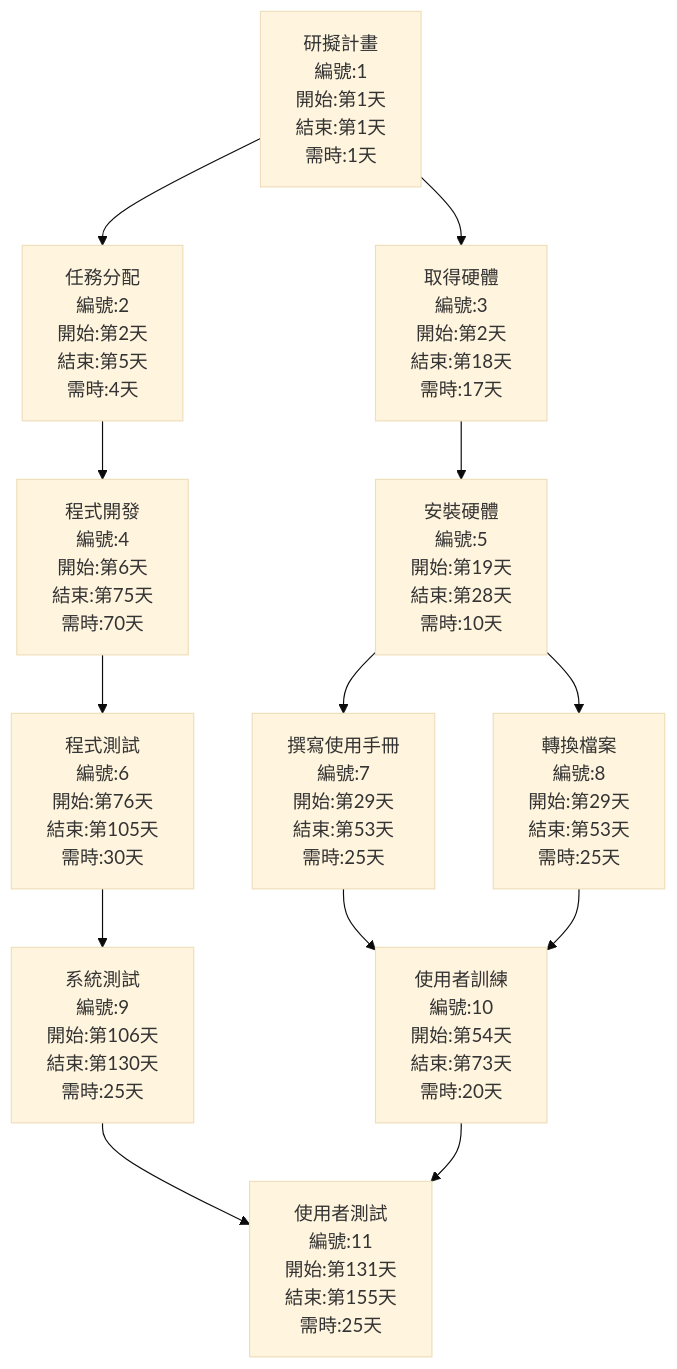
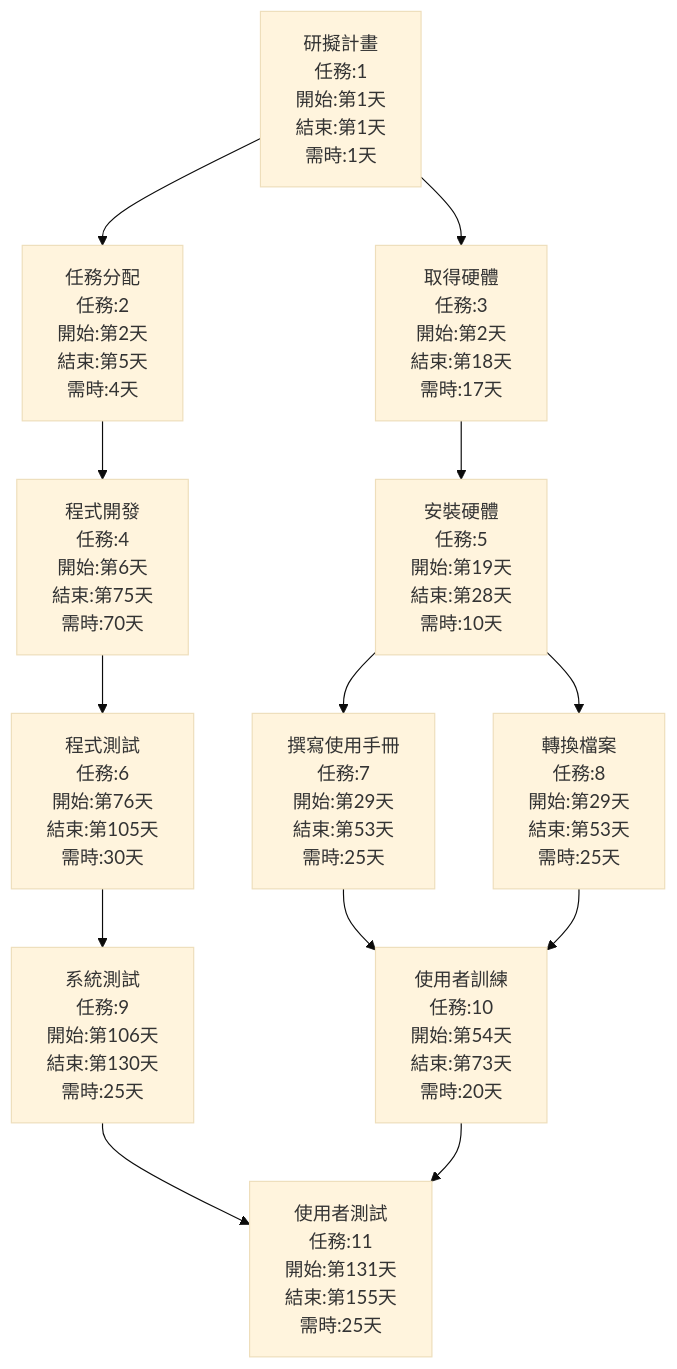
One commit to raikeeee/C112118227 changed the second of 2 diagrams in hw2.md. Above: the diagram before and after it, drawn with Mermaid (base theme).

````diff
--- a/hw2.md
+++ b/hw2.md
@@ -18,28 +18,28 @@
 ```mermaid
 flowchart TD
-    no1["研擬計畫 <br> 編號:1 <br> 開始:第1天 <br> 結束:第1天 <br> 需時:1天"]
-    no2["任務分配 <br> 編號:2 <br> 開始:第2天 <br> 結束:第5天 <br> 需時:4天"]
-    no3["取得硬體 <br> 編號:3 <br> 開始:第2天 <br> 結束:第18天 <br> 需時:17天"]
-    no4["程式開發 <br> 編號:4 <br> 開始:第6天 <br> 結束:第75天 <br> 需時:70天"]
-    no5["安裝硬體 <br> 編號:5 <br> 開始:第19天 <br> 結束:第28天 <br> 需時:10天"]
-    no6["程式測試 <br> 編號:6 <br> 開始:第76天 <br> 結束:第105天 <br> 需時:30天"]
-    no7["撰寫使用手冊 <br> 編號:7 <br> 開始:第29天 <br> 結束:第53天 <br> 需時:25天"]
-    no8["轉換檔案 <br> 編號:8 <br> 開始:第29天 <br> 結束:第53天 <br> 需時:25天"]
-    no9["系統測試 <br> 編號:9 <br> 開始:第106天 <br> 結束:第130天 <br> 需時:25天"]
-    no10["使用者訓練 <br> 編號:10 <br> 開始:第54天 <br> 結束:第73天 <br> 需時:20天"]
-    no11["使用者測試 <br> 編號:11 <br> 開始:第131天 <br> 結束:第155天 <br> 需時:25天"]
+    no1["研擬計畫 <br> 任務:1 <br> 開始:第1天 <br> 結束:第1天 <br> 需時:1天"]
+    no2["任務分配 <br> 任務:2 <br> 開始:第2天 <br> 結束:第5天 <br> 需時:4天"]
+    no3["取得硬體 <br> 任務:3 <br> 開始:第2天 <br> 結束:第18天 <br> 需時:17天"]
+    no4["程式開發 <br> 任務:4 <br> 開始:第6天 <br> 結束:第75天 <br> 需時:70天"]
+    no5["安裝硬體 <br> 任務:5 <br> 開始:第19天 <br> 結束:第28天 <br> 需時:10天"]
+    no6["程式測試 <br> 任務:6 <br> 開始:第76天 <br> 結束:第105天 <br> 需時:30天"]
+    no7["撰寫使用手冊 <br> 任務:7 <br> 開始:第29天 <br> 結束:第53天 <br> 需時:25天"]
+    no8["轉換檔案 <br> 任務:8 <br> 開始:第29天 <br> 結束:第53天 <br> 需時:25天"]
+    no9["系統測試 <br> 任務:9 <br> 開始:第106天 <br> 結束:第130天 <br> 需時:25天"]
+    no10["使用者訓練 <br> 任務:10 <br> 開始:第54天 <br> 結束:第73天 <br> 需時:20天"]
+    no11["使用者測試 <br> 任務:11 <br> 開始:第131天 <br> 結束:第155天 <br> 需時:25天"]
 
     no1 --> no2
     no1 --> no3
     no2 --> no4
     no3 --> no5
     no4 --> no6
     no5 --> no7
     no5 --> no8
     no6 --> no9
     no7 --> no10
     no8 --> no10
     no9 --> no11
     no10 --> no11
 
 ```
````
